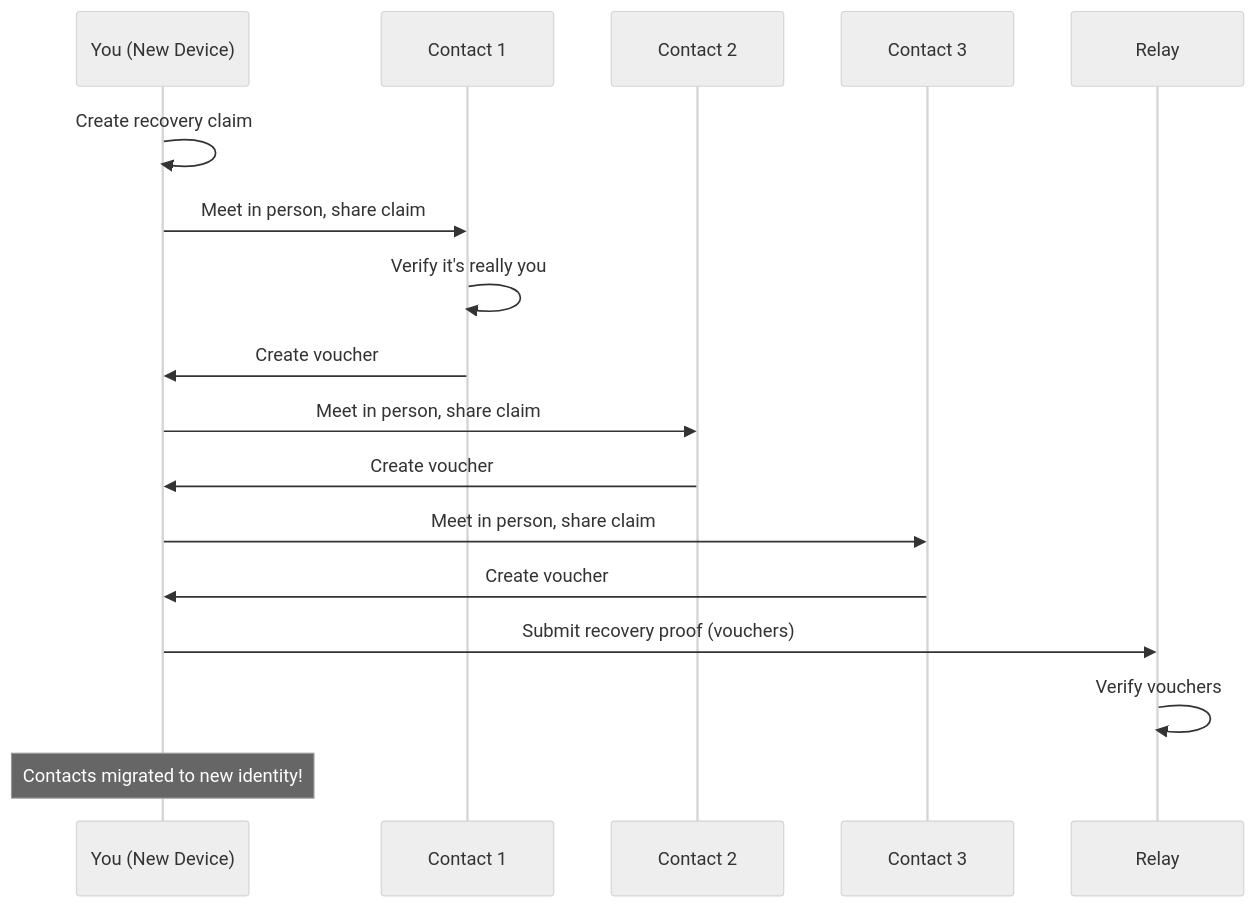
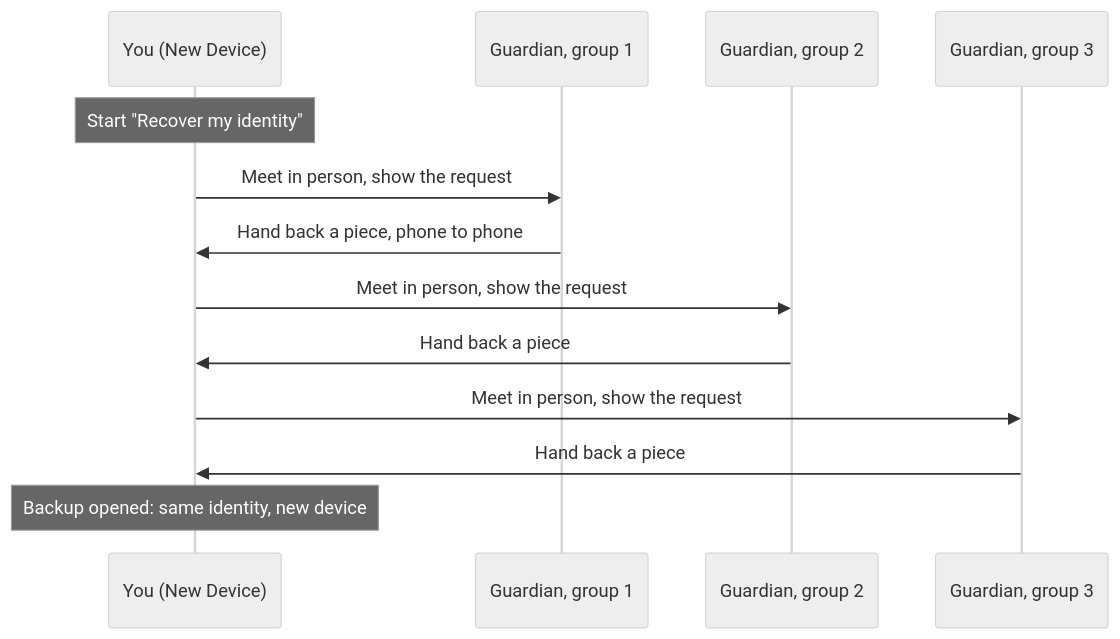
One commit to vauchi/docs changed the diagram in src/users/features/backup-recovery.md. Above: the diagram before and after it, drawn with Mermaid (neutral theme). The commit also changed other lines of this file and 6 other files, not shown here.

First line of the commit message:
docs: recovery is a ladder that keeps the identity, and compromise rotation is separate (private#796)

````diff
--- a/src/users/features/backup-recovery.md
+++ b/src/users/features/backup-recovery.md
@@ -85,24 +100,17 @@
 ```mermaid
 sequenceDiagram
     participant Y as You (New Device)
-    participant C1 as Contact 1
-    participant C2 as Contact 2
-    participant C3 as Contact 3
-    participant R as Relay
+    participant G1 as Guardian, group 1
+    participant G2 as Guardian, group 2
+    participant G3 as Guardian, group 3
 
-    Y->>Y: Create recovery claim
-    Y->>C1: Meet in person, share claim
-    C1->>C1: Verify it's really you
-    C1->>Y: Create voucher
+    Note over Y: Start "Recover my identity"
+    Y->>G1: Meet in person, show the request
+    G1->>Y: Hand back a piece, phone to phone
+    Y->>G2: Meet in person, show the request
+    G2->>Y: Hand back a piece
+    Y->>G3: Meet in person, show the request
+    G3->>Y: Hand back a piece
 
-    Y->>C2: Meet in person, share claim
-    C2->>Y: Create voucher
-
-    Y->>C3: Meet in person, share claim
-    C3->>Y: Create voucher
-
-    Y->>R: Submit recovery proof (vouchers)
-    R->>R: Verify vouchers
-
-    Note over Y: Contacts migrated to new identity!
+    Note over Y: Backup opened: same identity, new device
 ```
````
